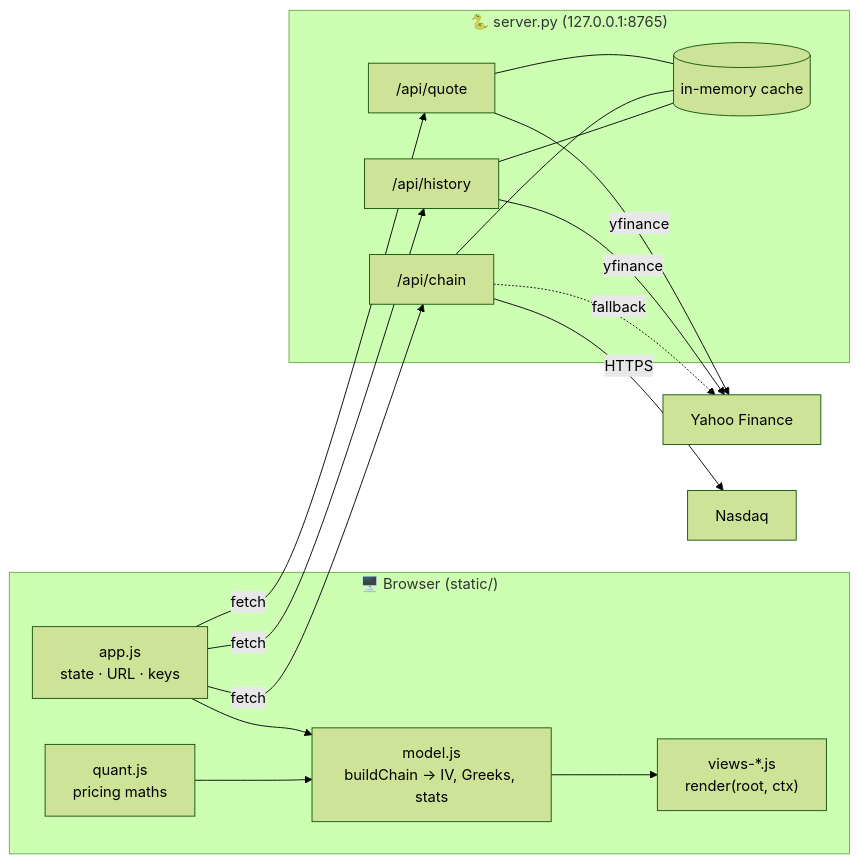
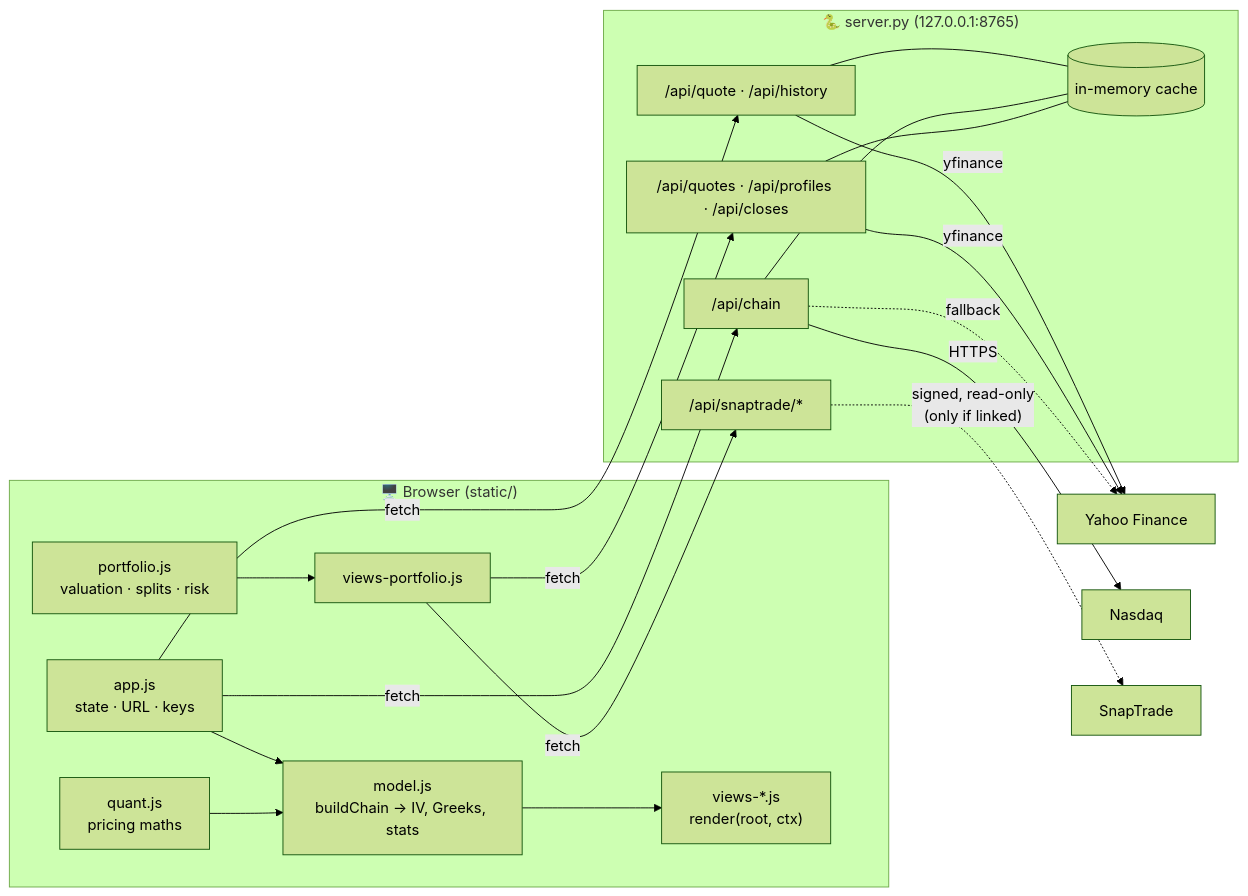
Before and after one commit to Pseudocoder28/options-viewer: the diagram in README.md, drawn with Mermaid (forest theme). The commit also changed other lines of this file and 14 other files, not shown here.

````diff
--- a/README.md
+++ b/README.md
@@ -177,19 +268,23 @@
 ```mermaid
 flowchart LR
     subgraph Browser["🖥️ Browser (static/)"]
         A["app.js<br/>state · URL · keys"] --> M["model.js<br/>buildChain → IV, Greeks, stats"]
         M --> V["views-*.js<br/>render(root, ctx)"]
         Q["quant.js<br/>pricing maths"] --> M
+        P["portfolio.js<br/>valuation · splits · risk"] --> VP["views-portfolio.js"]
     end
     subgraph Server["🐍 server.py (127.0.0.1:8765)"]
-        S1["/api/quote"]
+        S1["/api/quote · /api/history"]
         S2["/api/chain"]
-        S3["/api/history"]
+        S3["/api/quotes · /api/profiles · /api/closes"]
+        S4["/api/snaptrade/*"]
         C[("in-memory cache")]
     end
-    A -- fetch --> S1 & S2 & S3
+    A -- fetch --> S1 & S2
+    VP -- fetch --> S3 & S4
     S1 & S3 -- yfinance --> Y["Yahoo Finance"]
     S2 -- HTTPS --> N["Nasdaq"]
     S2 -. fallback .-> Y
+    S4 -. "signed, read-only<br/>(only if linked)" .-> T["SnapTrade"]
     S1 & S2 & S3 --- C
 ```
````
